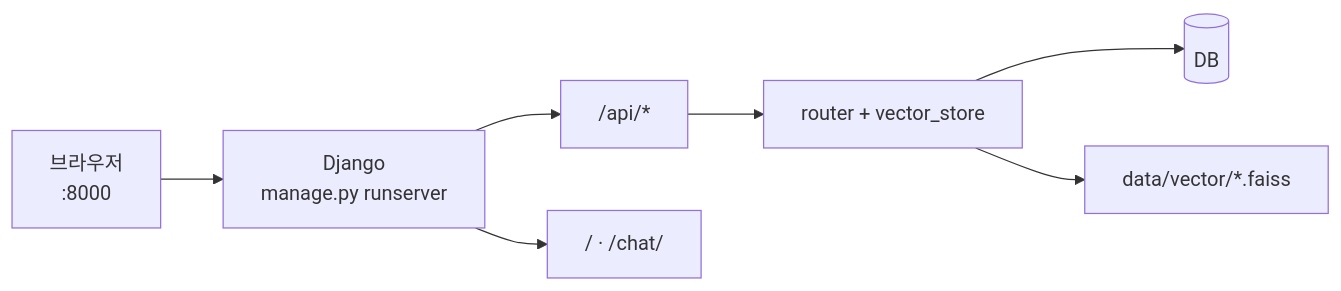
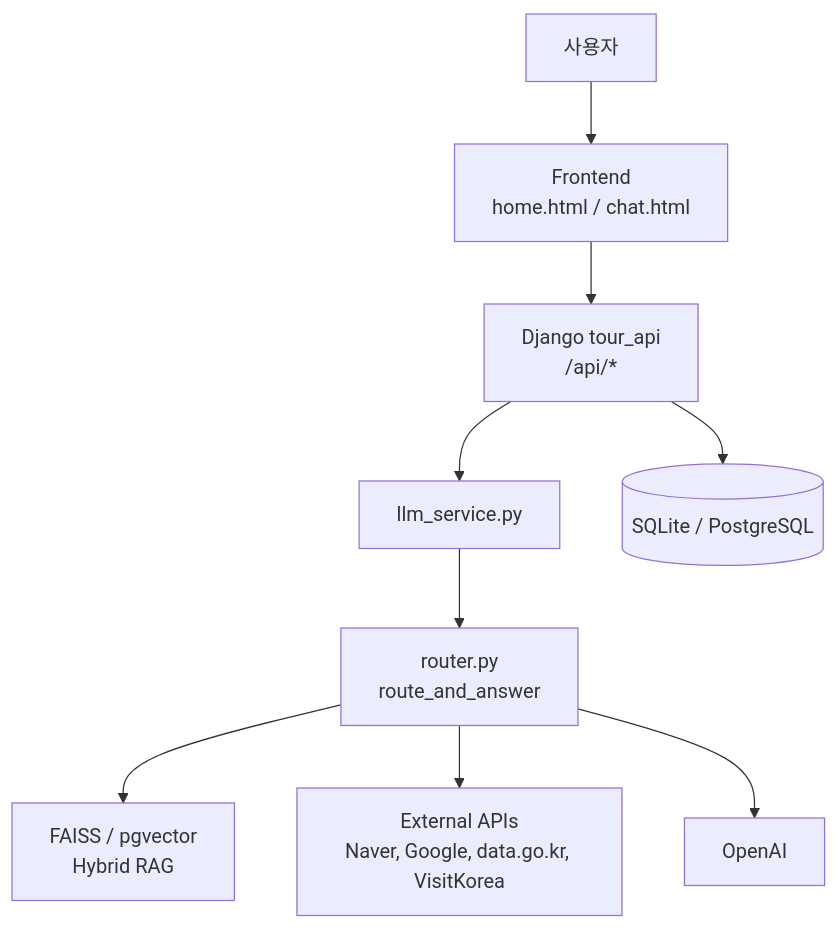
The first of 3 diagrams in docs/system-design-overview.md (LeeDohun-hub/japantour_project), drawn with Mermaid before and after one commit. The commit also changed other lines of this file and 16 other files, not shown here.

````diff
--- a/docs/system-design-overview.md
+++ b/docs/system-design-overview.md
@@ -100,9 +11,11 @@
 ```mermaid
-flowchart LR
-  B["브라우저\n:8000"] --> DJ["Django\nmanage.py runserver"]
-  DJ --> API["/api/*"]
-  DJ --> HTML["/ · /chat/"]
-  API --> R["router + vector_store"]
-  R --> DB[(DB)]
-  R --> FS["data/vector/*.faiss"]
+flowchart TB
+  U["사용자"] --> FE["Frontend\nhome.html / chat.html"]
+  FE --> API["Django tour_api\n/api/*"]
+  API --> LLM["llm_service.py"]
+  LLM --> ROUTER["router.py\nroute_and_answer"]
+  ROUTER --> RAG["FAISS / pgvector\nHybrid RAG"]
+  ROUTER --> EXT["External APIs\nNaver, Google, data.go.kr, VisitKorea"]
+  ROUTER --> OAI["OpenAI"]
+  API --> DB[("SQLite / PostgreSQL")]
 ```
````
